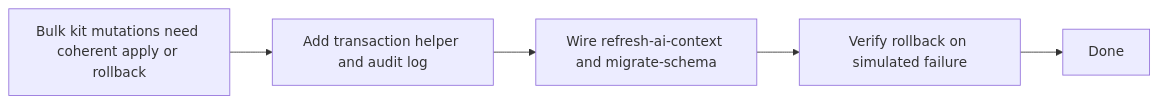
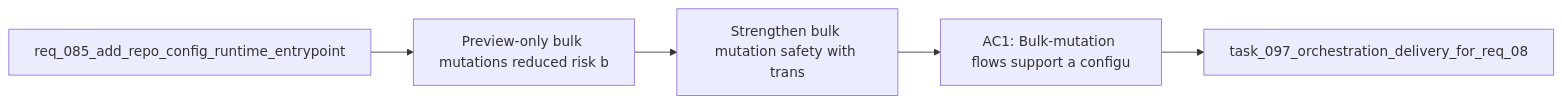
The diagram in logics/backlog/item_133_strengthen_bulk_mutation_safety_with_transactional_apply_or_rollback_semantics.md (AlexAgo83/logics-manager), drawn with Mermaid before and after one commit. The commit also changed 481 other files, not shown here.

````diff
--- a/logics/backlog/item_133_strengthen_bulk_mutation_safety_with_transactional_apply_or_rollback_semantics.md
+++ b/logics/backlog/item_133_strengthen_bulk_mutation_safety_with_transactional_apply_or_rollback_semantics.md
@@ -25,9 +25,9 @@
 ```mermaid
 %% logics-kind: backlog
 %% logics-signature: backlog|strengthen-bulk-mutation-safety-with-tra|req-085-add-repo-config-runtime-entrypoi|preview-only-bulk-mutations-reduced-risk|ac1-bulk-mutation-flows-support-a-config
 flowchart LR
-    Need[Bulk kit mutations need coherent apply or rollback] --> Helper[Add transaction helper and audit log]
-    Helper --> Flow[Wire refresh-ai-context and migrate-schema]
-    Flow --> Test[Verify rollback on simulated failure]
-    Test --> Done[Done]
+    Request[req_085_add_repo_config_runtime_entrypoint] --> Problem[Preview-only bulk mutations reduced risk b]
+    Problem --> Scope[Strengthen bulk mutation safety with trans]
+    Scope --> Acceptance[AC1: Bulk-mutation flows support a configu]
+    Acceptance --> Tasks[task_097_orchestration_delivery_for_req_08]
 ```
````
